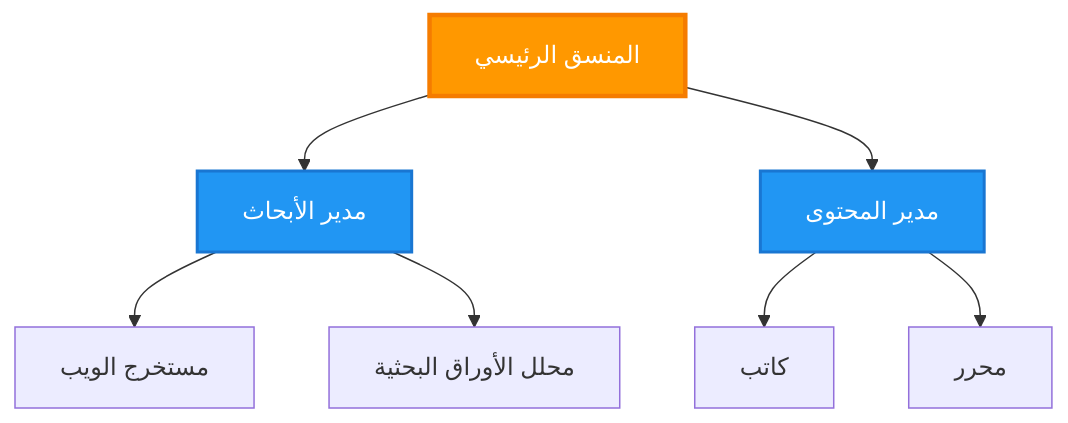
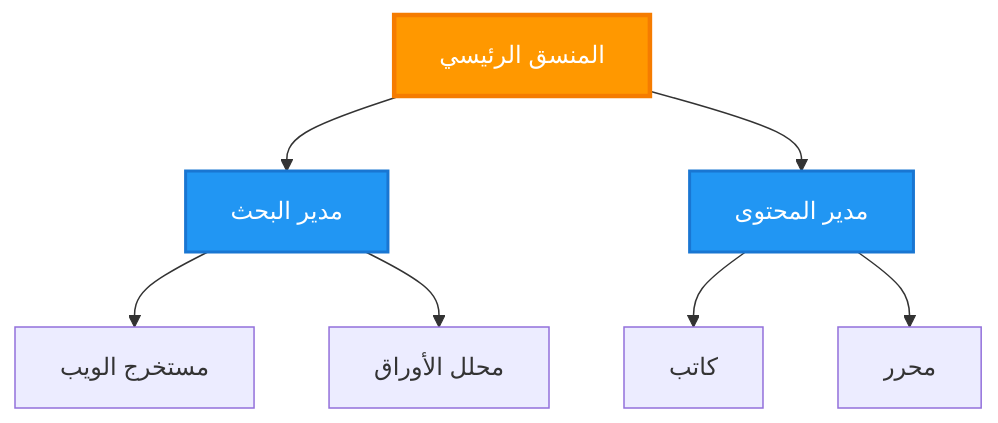
The third of 6 diagrams in translations/ar/docs/chapter-06-pre-deployment/coordination-patterns.md (microsoft/AZD-for-beginners), drawn with Mermaid before and after one commit. The commit also changed other lines of this file and 101 other files, not shown here.

````diff
--- a/translations/ar/docs/chapter-06-pre-deployment/coordination-patterns.md
+++ b/translations/ar/docs/chapter-06-pre-deployment/coordination-patterns.md
@@ -149,21 +143,21 @@
 ```mermaid
 graph TB
     Master[المنسق الرئيسي]
-    Manager1[مدير الأبحاث]
+    Manager1[مدير البحث]
     Manager2[مدير المحتوى]
     W1[مستخرج الويب]
-    W2[محلل الأوراق البحثية]
+    W2[محلل الأوراق]
     W3[كاتب]
     W4[محرر]
     
     Master --> Manager1
     Master --> Manager2
     Manager1 --> W1
     Manager1 --> W2
     Manager2 --> W3
     Manager2 --> W4
     
     style Master fill:#FF9800,stroke:#F57C00,stroke-width:3px,color:#fff
     style Manager1 fill:#2196F3,stroke:#1976D2,stroke-width:2px,color:#fff
     style Manager2 fill:#2196F3,stroke:#1976D2,stroke-width:2px,color:#fff
 ```
````
